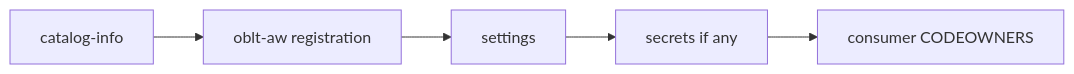
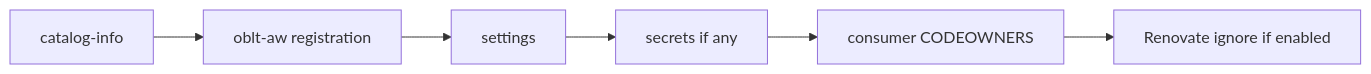
The second of 2 diagrams in docs/user-guide/onboard-a-repository.md (elastic/oblt-aw), drawn with Mermaid before and after one commit. The commit also changed other lines of this file and 6 other files, not shown here.

First line of the commit message:
Document Renovate ignore for distributed trigger-*-aw-* workflows (#2483)

````diff
--- a/docs/user-guide/onboard-a-repository.md
+++ b/docs/user-guide/onboard-a-repository.md
@@ -55,7 +56,8 @@
    ```mermaid
    flowchart LR
      C1[catalog-info] --> C2[oblt-aw registration]
      C2 --> C3[settings]
      C3 --> C4[secrets if any]
      C4 --> C5[consumer CODEOWNERS]
+     C5 --> C6[Renovate ignore if enabled]
    ```
````
